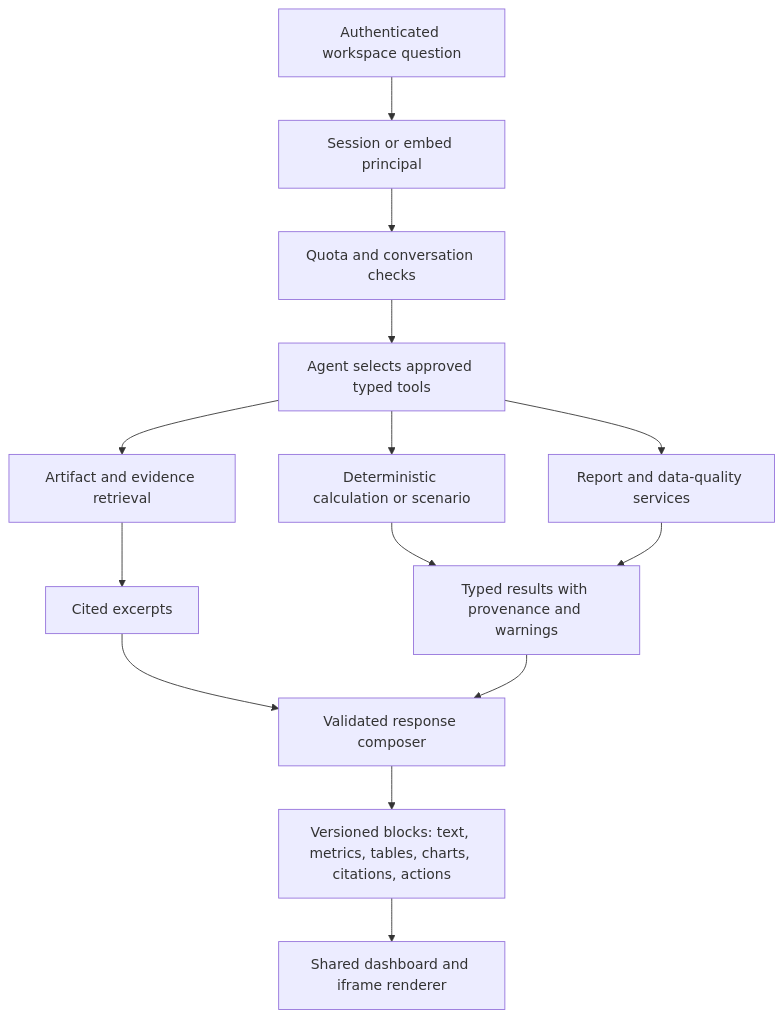
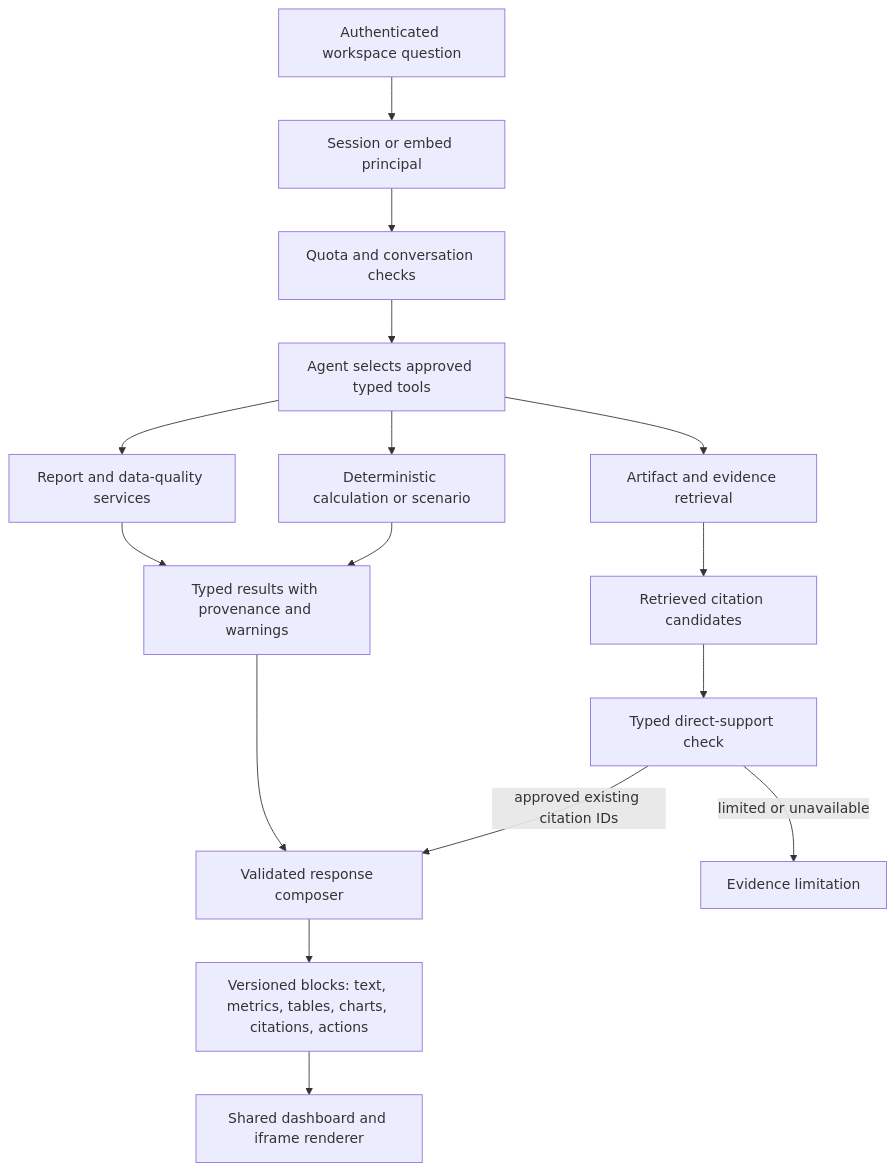
One commit to davidpal3c/CarbonSage_agentic_ai changed the second of 2 diagrams in docs/langchain.rag.workflow.md. Above: the diagram before and after it, drawn with Mermaid. The commit also changed other lines of this file and 55 other files, not shown here.

````diff
--- a/docs/langchain.rag.workflow.md
+++ b/docs/langchain.rag.workflow.md
@@ -179,16 +199,18 @@
 ```mermaid
 flowchart TD
     A[Authenticated workspace question] --> B[Session or embed principal]
     B --> C[Quota and conversation checks]
     C --> D[Agent selects approved typed tools]
     D --> E[Artifact and evidence retrieval]
     D --> F[Deterministic calculation or scenario]
     D --> G[Report and data-quality services]
-    E --> H[Cited excerpts]
+    E --> H[Retrieved citation candidates]
     F --> I[Typed results with provenance and warnings]
     G --> I
-    H --> J[Validated response composer]
+    H --> Q[Typed direct-support check]
+    Q -->|approved existing citation IDs| J[Validated response composer]
+    Q -->|limited or unavailable| R[Evidence limitation]
     I --> J
     J --> K[Versioned blocks: text, metrics, tables, charts, citations, actions]
     K --> L[Shared dashboard and iframe renderer]
 ```
````
